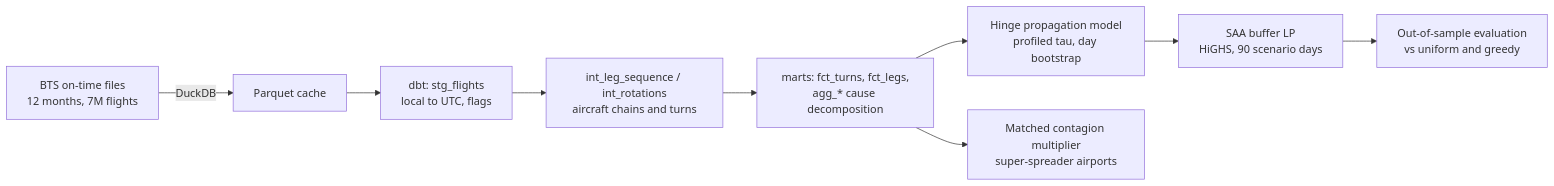
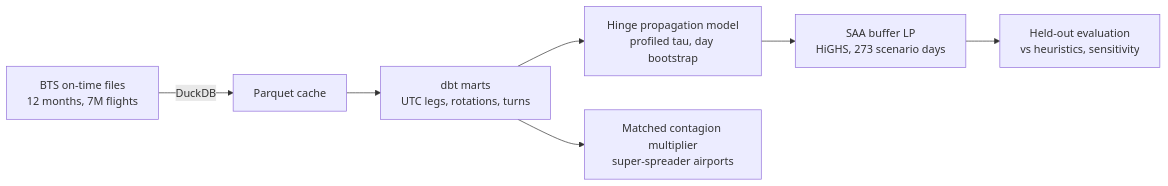
The first of 2 diagrams in README.md (Pchambet/delay-contagion), drawn with Mermaid before and after one commit. The commit also changed other lines of this file and 20 other files, not shown here.

````diff
--- a/README.md
+++ b/README.md
@@ -25,11 +28,9 @@
 ```mermaid
 flowchart LR
   A[BTS on-time files<br/>12 months, 7M flights] -->|DuckDB| B[Parquet cache]
-  B --> C[dbt: stg_flights<br/>local to UTC, flags]
-  C --> D[int_leg_sequence / int_rotations<br/>aircraft chains and turns]
-  D --> E[marts: fct_turns, fct_legs,<br/>agg_* cause decomposition]
-  E --> F[Hinge propagation model<br/>profiled tau, day bootstrap]
-  E --> G[Matched contagion multiplier<br/>super-spreader airports]
-  F --> H[SAA buffer LP<br/>HiGHS, 90 scenario days]
-  H --> I[Out-of-sample evaluation<br/>vs uniform and greedy]
+  B --> C[dbt marts<br/>UTC legs, rotations, turns]
+  C --> F[Hinge propagation model<br/>profiled tau, day bootstrap]
+  C --> G[Matched contagion multiplier<br/>super-spreader airports]
+  F --> H[SAA buffer LP<br/>HiGHS, 273 scenario days]
+  H --> I[Held-out evaluation<br/>vs heuristics, sensitivity]
 ```
````
